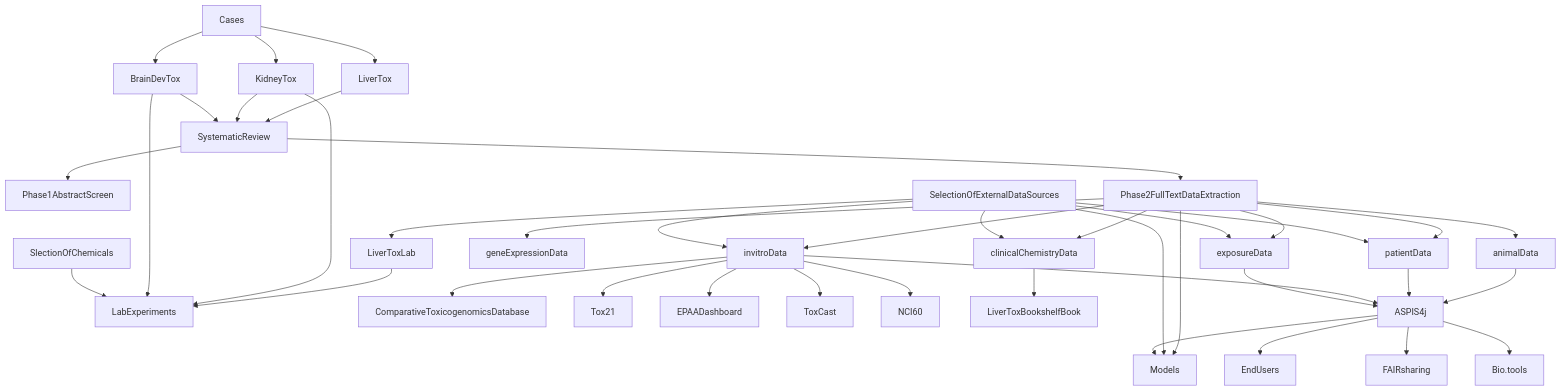
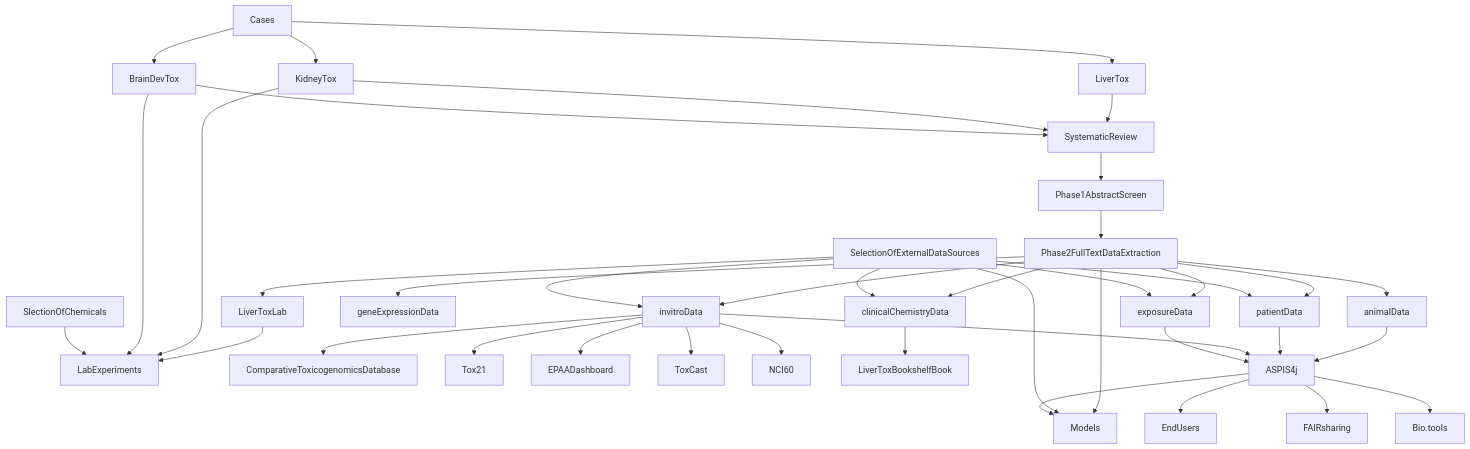
One commit to ontox-hu/workflows changed the diagram in dataCollection.md. Above: the diagram before and after it, drawn with Mermaid.

````diff
--- a/dataCollection.md
+++ b/dataCollection.md
@@ -1,52 +1,52 @@
 ```mermaid
 graph TD
   Cases-->LiverTox
   Cases-->KidneyTox
   Cases-->BrainDevTox
   
   LiverTox-->SystematicReview
   KidneyTox-->SystematicReview
   BrainDevTox-->SystematicReview
   
   SystematicReview-->Phase1AbstractScreen
-  SystematicReview-->Phase2FullTextDataExtraction
+  Phase1AbstractScreen-->Phase2FullTextDataExtraction
   
   Phase2FullTextDataExtraction-->patientData
   Phase2FullTextDataExtraction-->clinicalChemistryData
   Phase2FullTextDataExtraction-->exposureData
   Phase2FullTextDataExtraction-->invitroData
   Phase2FullTextDataExtraction-->Models
   Phase2FullTextDataExtraction-->geneExpressionData
   Phase2FullTextDataExtraction-->animalData
   
   SelectionOfExternalDataSources-->patientData
   SelectionOfExternalDataSources-->clinicalChemistryData
   SelectionOfExternalDataSources-->exposureData
   SelectionOfExternalDataSources-->invitroData
   SelectionOfExternalDataSources-->Models
   SelectionOfExternalDataSources-->
   
   
   LiverToxLab-->LabExperiments
   KidneyTox-->LabExperiments
   BrainDevTox-->LabExperiments
   
   SlectionOfChemicals-->LabExperiments
   
   invitroData-->ComparativeToxicogenomicsDatabase
   invitroData-->Tox21
   invitroData-->EPAADashboard
   invitroData-->ToxCast
   invitroData-->NCI60
   
   clinicalChemistryData-->LiverToxBookshelfBook
  
   animalData-->ASPIS4j
   patientData-->ASPIS4j
   invitroData-->ASPIS4j
   exposureData-->ASPIS4j
   ASPIS4j-->Models
   ASPIS4j-->EndUsers
   ASPIS4j-->FAIRsharing
   ASPIS4j-->Bio.tools
 ```
````
